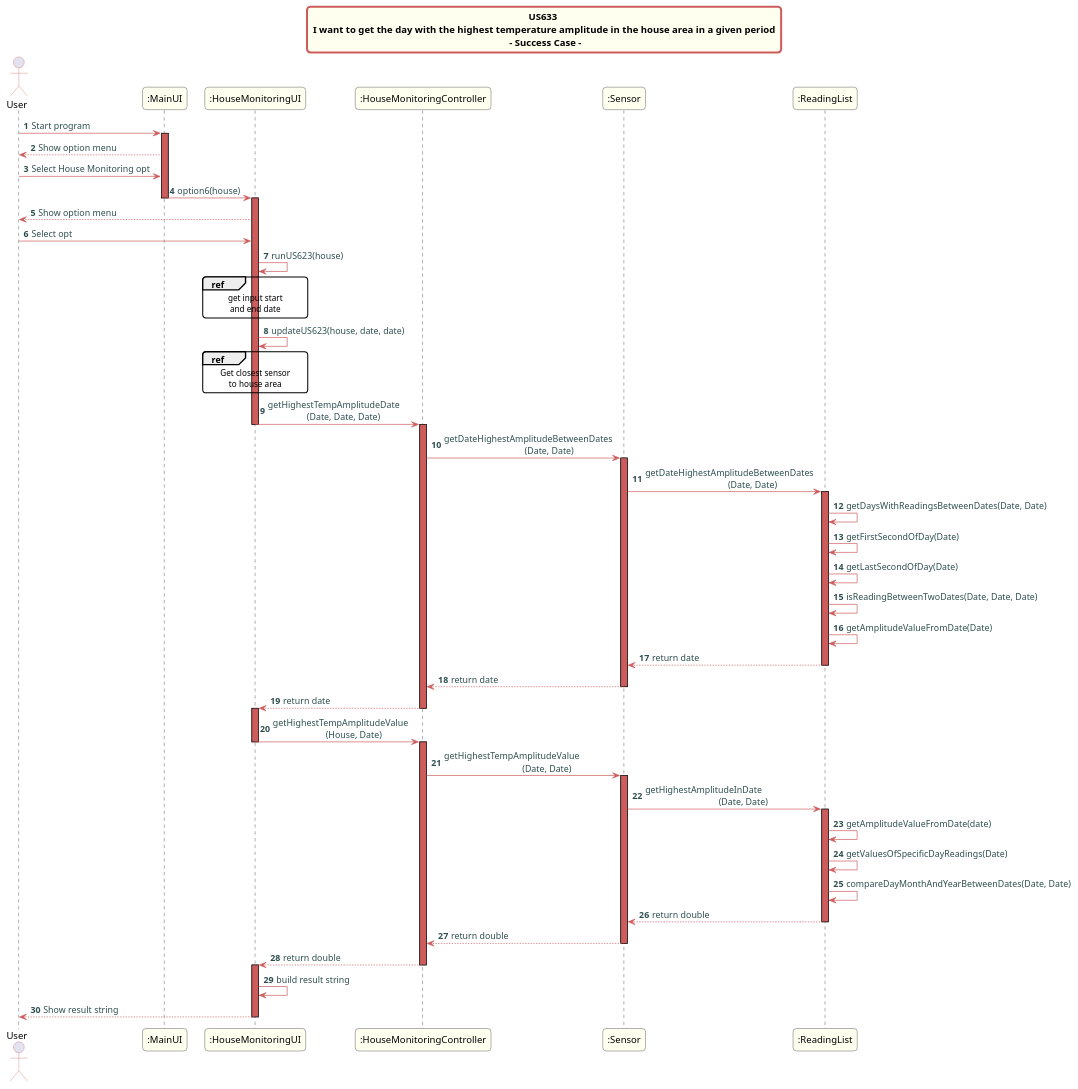
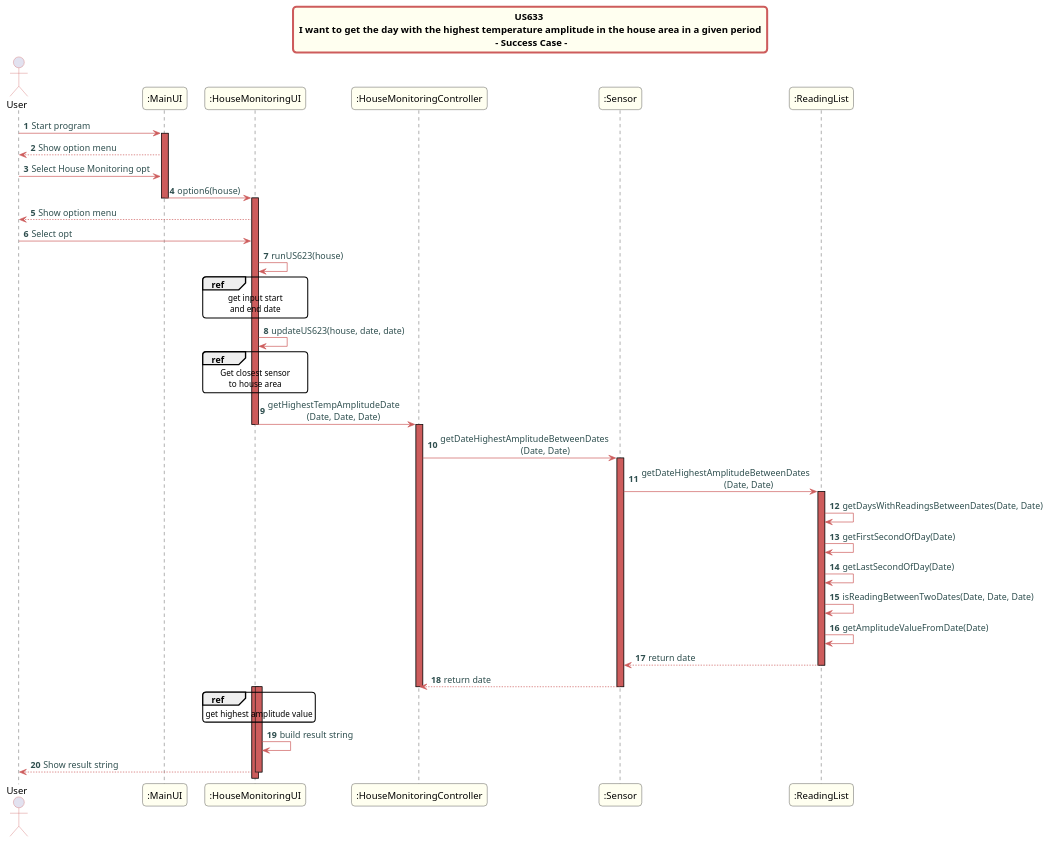
The diagram in src/doc/Controllers/HouseMonitoring/US633/US633_sd_HouseMonitoring.puml (Almadanmp/project), drawn with PlantUML before and after one commit. The commit also changed 3 other files, not shown here.

Commit message:
REF #161 updates sequence diagram

```diff
--- a/src/doc/Controllers/HouseMonitoring/US633/US633_sd_HouseMonitoring.puml
+++ b/src/doc/Controllers/HouseMonitoring/US633/US633_sd_HouseMonitoring.puml
@@ -1,109 +1,93 @@
 @startuml
 skinparam titleBorderRoundCorner 10
 skinparam titleBorderThickness 3
 skinparam titleBorderColor indianred
 skinparam titleBackgroundColor ivory
 skinparam FontName quicksand
 
 skinparam actor {
   BorderColor indianred
   }
 
 skinparam sequence {
   LifeLineBackgroundColor indianred
   ParticipantBackgroundColor ivory
 }
 
 skinparam roundcorner 10
 
 skinparam component {
   arrowThickness 1
   ArrowFontName Verdana
   ArrowColor indianred
   ArrowFontColor darkslategrey
 }
 
 title US633 \n I want to get the day with the highest temperature amplitude in the house area in a given period \n - Success Case -
 
 autonumber
 
 actor User
 
 User -> ":MainUI": Start program
 activate ":MainUI"
 
 ":MainUI" --> User: Show option menu
 User-> ":MainUI": Select House Monitoring opt
 ":MainUI" -> ":HouseMonitoringUI": option6(house)
 deactivate ":MainUI"
 activate ":HouseMonitoringUI"
 ":HouseMonitoringUI" --> User: Show option menu
 User -> ":HouseMonitoringUI": Select opt
 ":HouseMonitoringUI" -> ":HouseMonitoringUI": runUS623(house)
 
 ref over ":HouseMonitoringUI"
 get input start
 and end date
 end ref
 
 ":HouseMonitoringUI" -> ":HouseMonitoringUI": updateUS623(house, date, date)
 ref over ":HouseMonitoringUI"
 Get closest sensor
 to house area
 end ref
 
 ":HouseMonitoringUI" -> ":HouseMonitoringController": getHighestTempAmplitudeDate\n                 (Date, Date, Date)
 deactivate ":HouseMonitoringUI"
 activate ":HouseMonitoringController"
 ":HouseMonitoringController" -> ":Sensor": getDateHighestAmplitudeBetweenDates\n                                   (Date, Date)
 
 activate ":Sensor"
 
 ":Sensor" -> ":ReadingList": getDateHighestAmplitudeBetweenDates\n                                    (Date, Date)
 activate ":ReadingList"
 
 ":ReadingList"->":ReadingList": getDaysWithReadingsBetweenDates(Date, Date)
 ":ReadingList"->":ReadingList": getFirstSecondOfDay(Date)
 ":ReadingList"->":ReadingList": getLastSecondOfDay(Date)
 ":ReadingList"->":ReadingList": isReadingBetweenTwoDates(Date, Date, Date)
 ":ReadingList"->":ReadingList":getAmplitudeValueFromDate(Date)
 
 ":ReadingList" --> ":Sensor": return date
 deactivate ":ReadingList"
 ":Sensor" --> ":HouseMonitoringController": return date
 deactivate ":Sensor"
-
-":HouseMonitoringController" --> ":HouseMonitoringUI": return date
 deactivate ":HouseMonitoringController"
 activate ":HouseMonitoringUI"
-":HouseMonitoringUI" -> ":HouseMonitoringController": getHighestTempAmplitudeValue\n                       (House, Date)
-deactivate ":HouseMonitoringUI"
-activate ":HouseMonitoringController"
 
-":HouseMonitoringController" -> ":Sensor": getHighestTempAmplitudeValue\n                                  (Date, Date)
-activate ":Sensor"
-":Sensor" -> ":ReadingList": getHighestAmplitudeInDate\n                                (Date, Date)
+ref over ":HouseMonitoringUI"
+get highest amplitude value
+end ref
 
-activate ":ReadingList"
-":ReadingList"->":ReadingList":getAmplitudeValueFromDate(date)
-":ReadingList"->":ReadingList": getValuesOfSpecificDayReadings(Date)
-":ReadingList"->":ReadingList": compareDayMonthAndYearBetweenDates(Date, Date)
-
-":ReadingList" --> ":Sensor": return double
-deactivate ":ReadingList"
-":Sensor" --> ":HouseMonitoringController": return double
-deactivate ":Sensor"
-
-":HouseMonitoringController" --> ":HouseMonitoringUI": return double
 deactivate ":HouseMonitoringController"
 activate ":HouseMonitoringUI"
 
 ":HouseMonitoringUI" -> ":HouseMonitoringUI": build result string
 
 ":HouseMonitoringUI" --> User: Show result string
 deactivate ":HouseMonitoringUI"
 
 deactivate ":MainUI"
 
 
 @enduml
```
